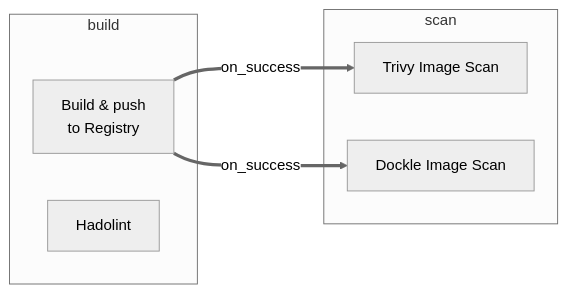
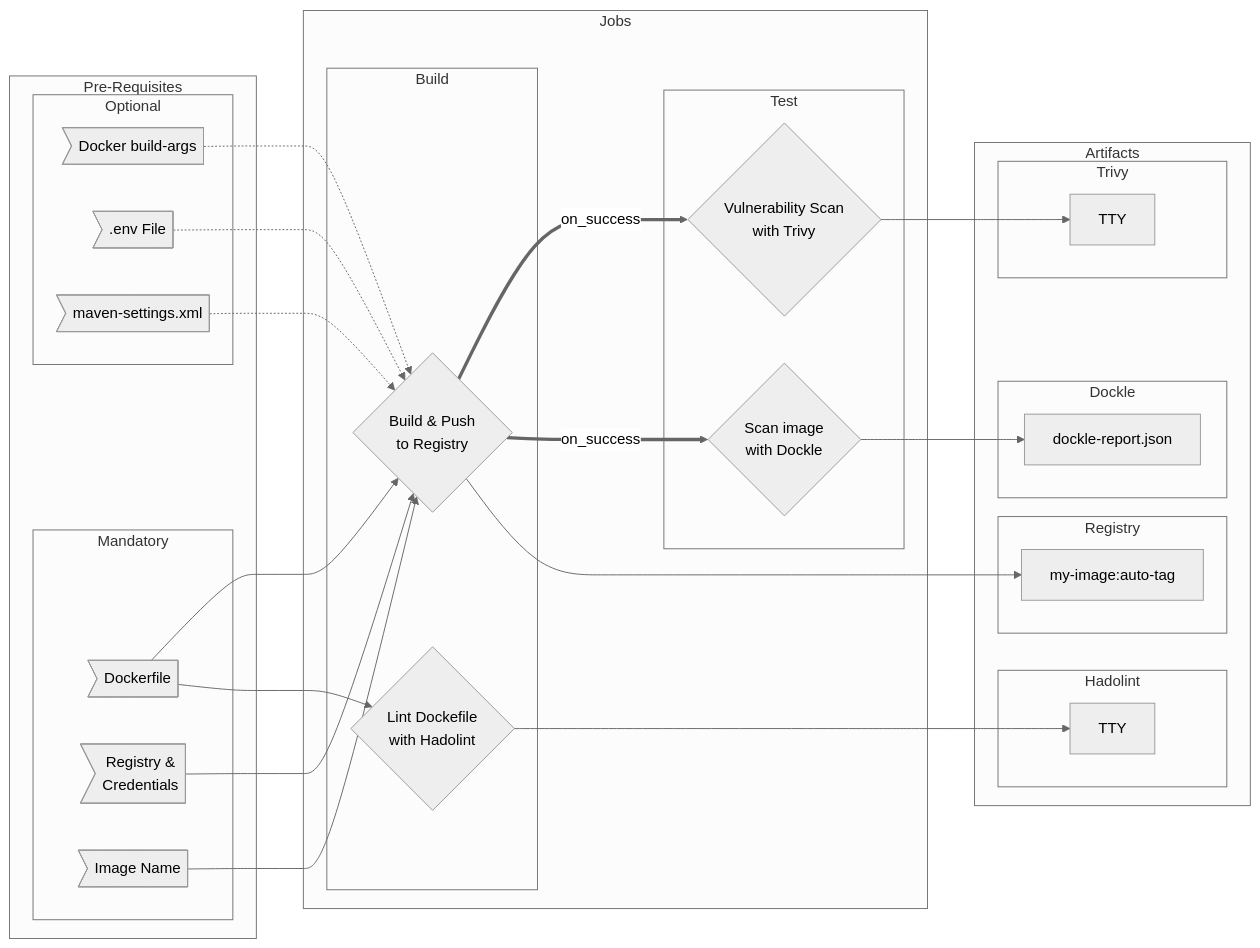
Before and after one commit to erzz/workflows: the diagram in docs/container/README.md, drawn with Mermaid. The commit also changed 1 other file, not shown here.

Commit message:
docs: improve workflow diagrams

````diff
--- a/docs/container/README.md
+++ b/docs/container/README.md
@@ -14,14 +14,58 @@
 ```mermaid
 %%{init: {'theme': 'neutral'}}%%
 flowchart LR
-  subgraph build
-    build-image["Build & push \nto Registry"]
-    hadolint["Hadolint"]
+  subgraph Pre-Requisites
+    subgraph Mandatory
+      dockerfile>"Dockerfile"]
+      docker-creds>"Registry &\nCredentials"]
+      image-name>"Image Name"]
+    end
+    subgraph Optional
+      build-args>"Docker build-args"]
+      env-file>".env File"]
+      maven-settings>"maven-settings.xml"]
+    end
   end
-  subgraph scan
-    trivy["Trivy Image Scan"]
-    dockle["Dockle Image Scan"]
+  subgraph Jobs
+    subgraph Build
+      build{"Build & Push\nto Registry"}
+      hadolint{"Lint Dockefile\nwith Hadolint"}
+    end
+    subgraph Test
+      dockle{"Scan image\nwith Dockle"}
+      trivy{"Vulnerability Scan\nwith Trivy"}
+    end
   end
-  build-image ==>|on_success| trivy
-  build-image ==>|on_success| dockle
+  subgraph Artifacts
+    subgraph Registry
+      image["my-image:auto-tag"]
+    end
+    subgraph Hadolint
+      hado-tty["TTY"]
+    end
+    subgraph Trivy
+      trivy-tty["TTY"]
+    end
+    subgraph Dockle
+      dockle-json["dockle-report.json"]
+    end
+  end
+  
+  %% dependencies -> Jobs
+  image-name-->build
+  docker-creds-->build
+  dockerfile-->build
+  dockerfile-->hadolint
+  build-args-.->build
+  env-file-.->build
+  maven-settings-.->build
+  build ==>|on_success| trivy
+  build ==>|on_success| dockle
+  
+  %% Jobs -> Artifacts
+  build-->image
+  trivy-->trivy-tty
+  dockle-->dockle-json
+  hadolint-->hado-tty
+
 ```
````
